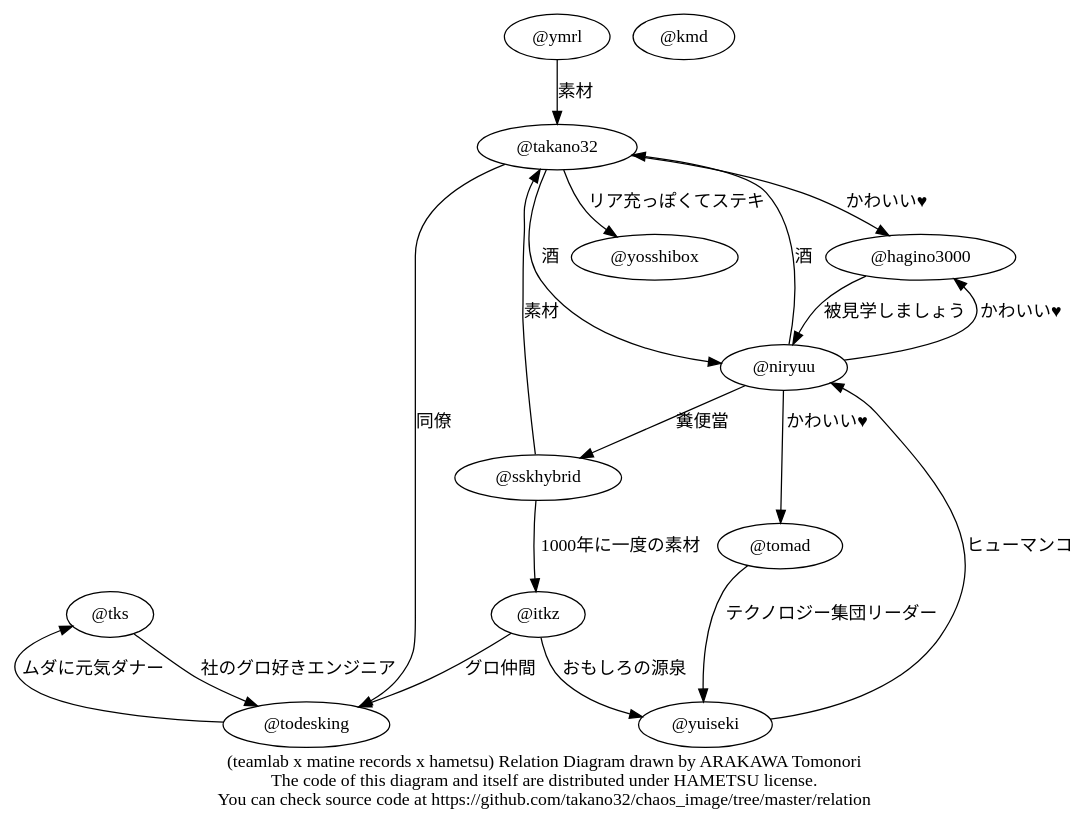
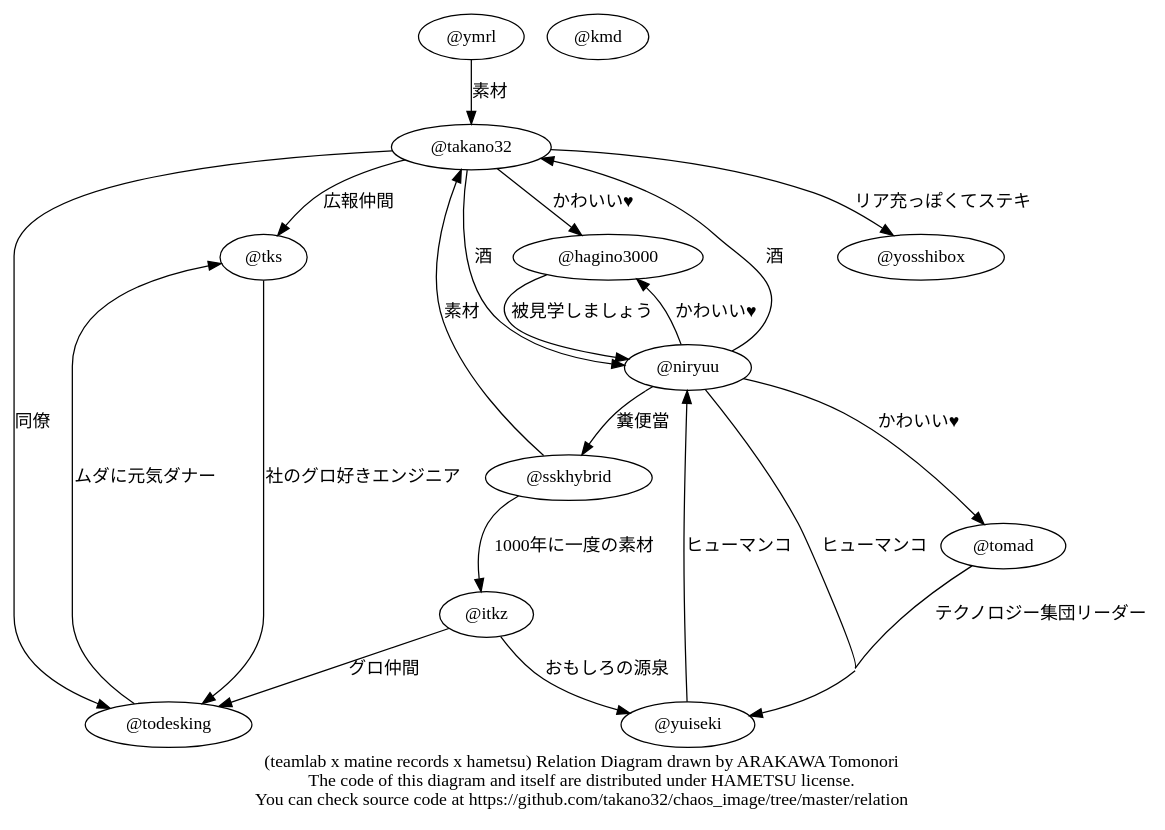
One commit to hametsu/chaos_image changed the diagram in relation/hameatsudo.dot. Above: the diagram before and after it, drawn with Graphviz.

Commit message:
ヒューマンコ

```diff
--- a/relation/hameatsudo.dot
+++ b/relation/hameatsudo.dot
@@ -1,25 +1,27 @@
 digraph Hameatsudo {
   graph [concentrate = true];
   overlap=orthoxy;
   "@tks" -> "@todesking" [label = "社のグロ好きエンジニア"];
+  "@takano32" -> "@tks" [label = "広報仲間"];
   "@takano32" -> "@todesking" [label = "同僚"];
   "@takano32" -> "@hagino3000" [label = "かわいい♥"];
   "@takano32" -> "@niryuu" [label = "酒"];
   "@takano32" -> "@yosshibox" [label = "リア充っぽくてステキ"];
   "@todesking" -> "@tks" [label = "ムダに元気ダナー"];
   "@tomad" -> "@yuiseki" [label = "テクノロジー集団リーダー"];
   "@yosshibox"
   "@sskhybrid" -> "@itkz" [label = "1000年に一度の素材"];
   "@sskhybrid" -> "@takano32" [label = "素材"];
   "@ymrl" -> "@takano32" [label = "素材"];
   "@niryuu" -> "@hagino3000" [label = "かわいい♥"];
   "@niryuu" -> "@tomad" [label = "かわいい♥"];
   "@niryuu" -> "@takano32" [label = "酒"];
   "@niryuu" -> "@sskhybrid" [label = "糞便當"];
+  "@niryuu" -> "@yuiseki" [label = "ヒューマンコ"];
   "@itkz" -> "@todesking" [label = "グロ仲間"];
   "@itkz" -> "@yuiseki" [label = "おもしろの源泉"];
   "@yuiseki" -> "@niryuu" [label = "ヒューマンコ"];
   "@hagino3000" -> "@niryuu" [label = "被見学しましょう"];
   "@kmd"
   label = "(teamlab x matine records x hametsu) Relation Diagram drawn by ARAKAWA Tomonori\nThe code of this diagram and itself are distributed under HAMETSU license.\nYou can check source code at https://github.com/takano32/chaos_image/tree/master/relation";
 }
```
